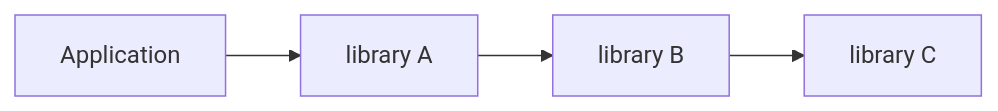
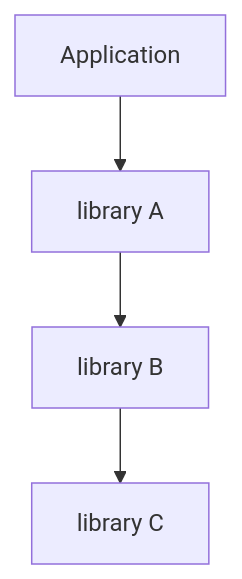
One commit to bamiyanapp/dev-standards changed the second of 4 diagrams in docs/dependency-risk-judgment.md. Above: the diagram before and after it, drawn with Mermaid. The commit also changed 2 other files, not shown here.

Commit message:
docs: 極端な縦横比のmermaid図を修正しスマホ向けレイアウト基準を追記する
設計:
- 選定内容: (1) ops-monitoring-pattern.mdの8ノード一本道flowchart LRを「検知」「通知」2つのsubgraphへ分割。(2) dependency-risk-judgment.mdのSBOMチェーン例（4ノード一本道flowchart LR）をTD化。(3) documentation-format-conventions.mdへスマホ向けmermaidレイアウト基準を追記
- 却下内容: 単純な方向転換（flowchart LR→TD）のみで対応する案。ops-monitoring-pattern.mdで実際に試したところ、横長（784x98、8:1）が縦長（250x1133相当、1:4.5）に入れ替わるだけで解決しなかった
- 理由: issue #1056。ユーザーから横長mermaid図の可読性について指摘を受け機械的に調査した結果、2箇所で縦横比8:1・12:1の極端なレイアウトを検出した。判断基準は縦横比そのものであり、TD/LRどちらの方向かは本質ではないという指摘を踏まえ、subgraphによるグループ化（またはノード数が多い場合は図自体の分割）を優先する指針としてドキュメント化した

影響:
- 影響モジュール: docs/ops-monitoring-pattern.md, docs/dependency-risk-judgment.md, docs/documentation-format-conventions.md
- 振る舞いの変更: ドキュメントのみ。CIのrender-mermaid-diagrams jobがmainマージ時に該当画像を再生成する

テスト:
- 追加済み: @mermaid-js/mermaid-cliによるローカルレンダリングで、ops-monitoring-pattern.mdが784x98（8:1）→784x154（5.1:1）、dependency-risk-judgment.mdのSBOM例が744x61（12.2:1）→168x316（1:1.9）に改善したことを確認。textlintで対象3ファイルのエラー0件を確認
- 未追加: N/A

````diff
--- a/docs/dependency-risk-judgment.md
+++ b/docs/dependency-risk-judgment.md
@@ -90,4 +90,4 @@
 ```mermaid
-flowchart LR
+flowchart TD
     App[Application] --> A[library A] --> B[library B] --> C[library C]
 ```
````
